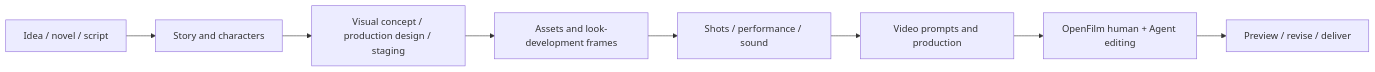
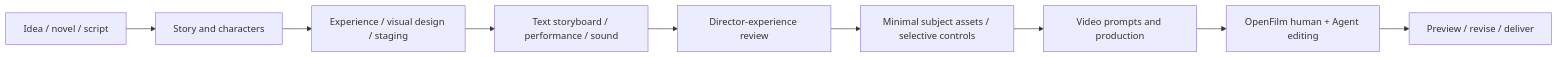
The diagram in README.en.md (Carbon-Glitch/short-drama), drawn with Mermaid before and after one commit. The commit also changed other lines of this file and 51 other files, not shown here.

````diff
--- a/README.en.md
+++ b/README.en.md
@@ -82,10 +82,11 @@
 ```mermaid
 flowchart LR
   A[Idea / novel / script] --> B[Story and characters]
-  B --> C[Visual concept / production design / staging]
-  C --> D[Assets and look-development frames]
-  D --> E[Shots / performance / sound]
-  E --> F[Video prompts and production]
-  F --> G[OpenFilm human + Agent editing]
-  G --> H[Preview / revise / deliver]
+  B --> C[Experience / visual design / staging]
+  C --> D[Text storyboard / performance / sound]
+  D --> E[Director-experience review]
+  E --> F[Minimal subject assets / selective controls]
+  F --> G[Video prompts and production]
+  G --> H[OpenFilm human + Agent editing]
+  H --> I[Preview / revise / deliver]
 ```
````
